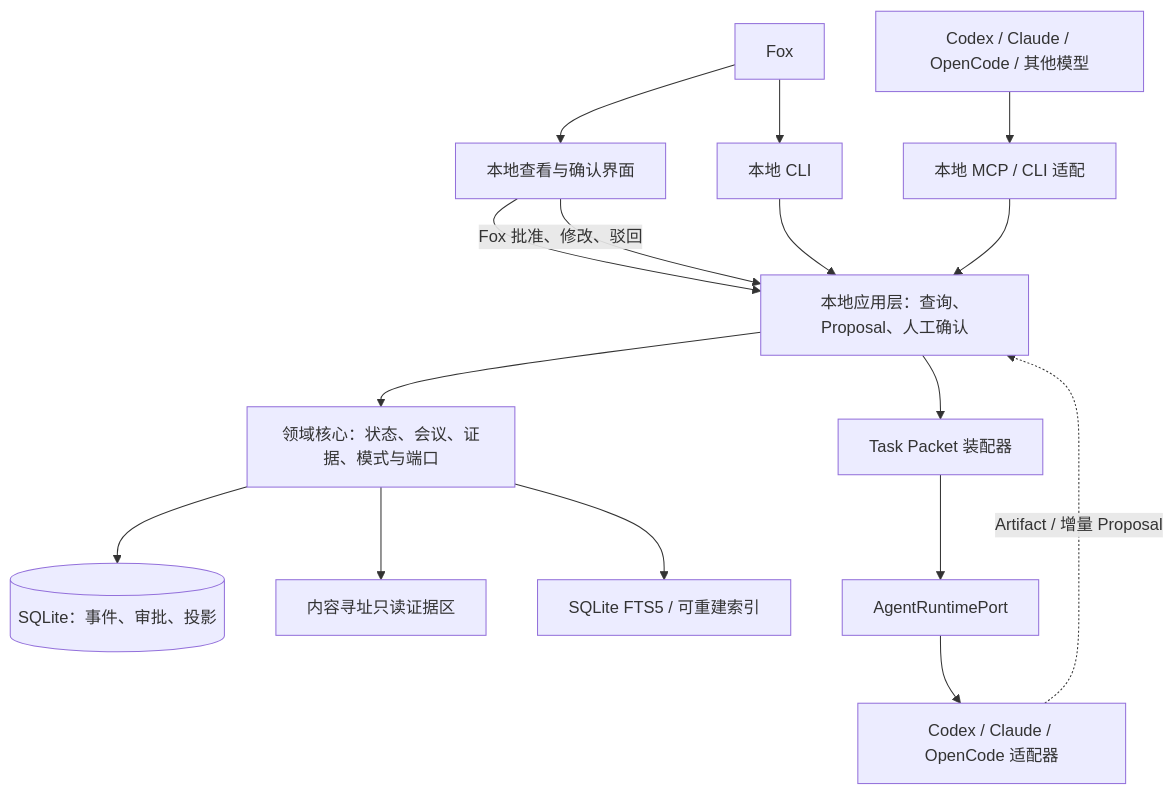
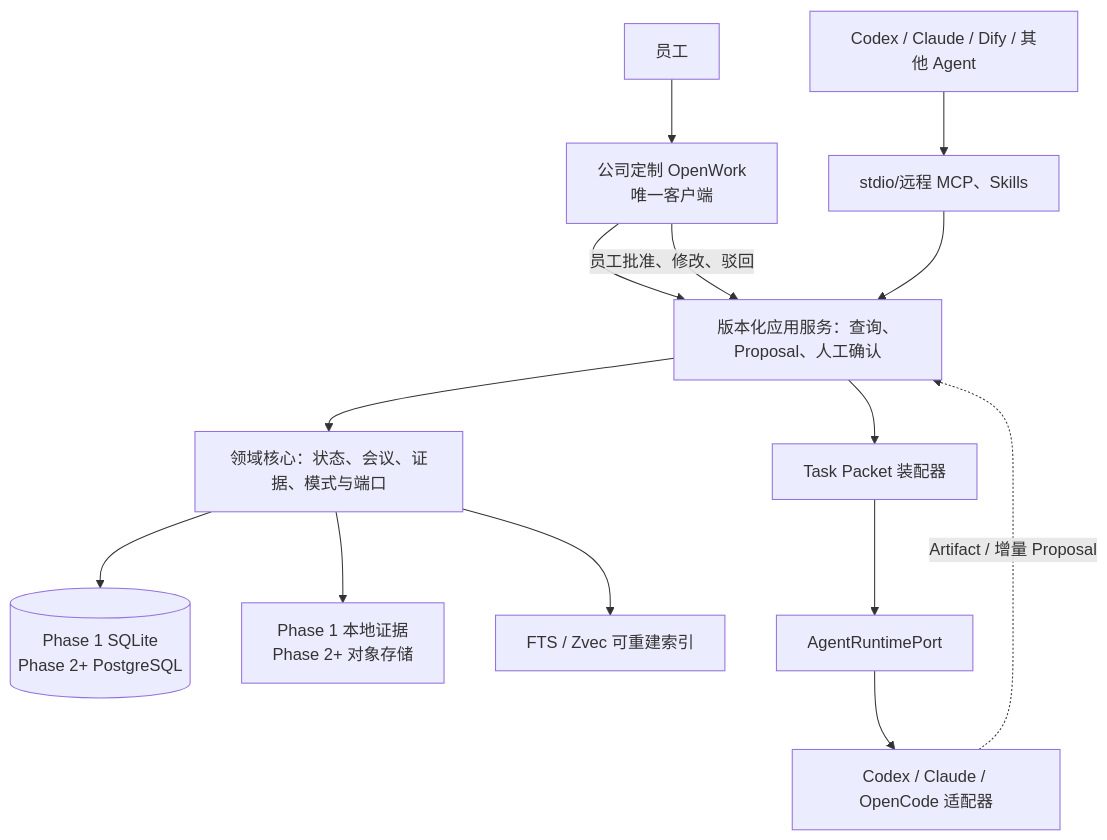
Before and after one commit to xingranya/fox: the diagram in docs/plan/architecture-and-contracts.md, drawn with Mermaid. The commit also changed other lines of this file and 35 other files, not shown here.

````diff
--- a/docs/plan/architecture-and-contracts.md
+++ b/docs/plan/architecture-and-contracts.md
@@ -50,22 +49,20 @@
 ```mermaid
 flowchart TB
-    FOX["Fox"] --> UI["本地查看与确认界面"]
-    FOX --> CLI["本地 CLI"]
-    AI["Codex / Claude / OpenCode / 其他模型"] --> MCP["本地 MCP / CLI 适配"]
+    FOX["员工"] --> UI["公司定制 OpenWork\n唯一客户端"]
+    AI["Codex / Claude / Dify / 其他 Agent"] --> MCP["stdio/远程 MCP、Skills"]
 
-    UI --> APP["本地应用层：查询、Proposal、人工确认"]
-    CLI --> APP
+    UI --> APP["版本化应用服务：查询、Proposal、人工确认"]
     MCP --> APP
     APP --> CORE["领域核心：状态、会议、证据、模式与端口"]
 
-    CORE --> DB[("SQLite：事件、审批、投影")]
-    CORE --> EVIDENCE["内容寻址只读证据区"]
-    CORE --> SEARCH["SQLite FTS5 / 可重建索引"]
+    CORE --> DB[("Phase 1 SQLite\nPhase 2+ PostgreSQL")]
+    CORE --> EVIDENCE["Phase 1 本地证据\nPhase 2+ 对象存储"]
+    CORE --> SEARCH["FTS / Zvec 可重建索引"]
 
     APP --> PACKET["Task Packet 装配器"]
     PACKET --> RUNTIME["AgentRuntimePort"]
     RUNTIME --> ADAPTERS["Codex / Claude / OpenCode 适配器"]
     ADAPTERS -. "Artifact / 增量 Proposal" .-> APP
 
-    UI -->|"Fox 批准、修改、驳回"| APP
+    UI -->|"员工批准、修改、驳回"| APP
 ```
````
